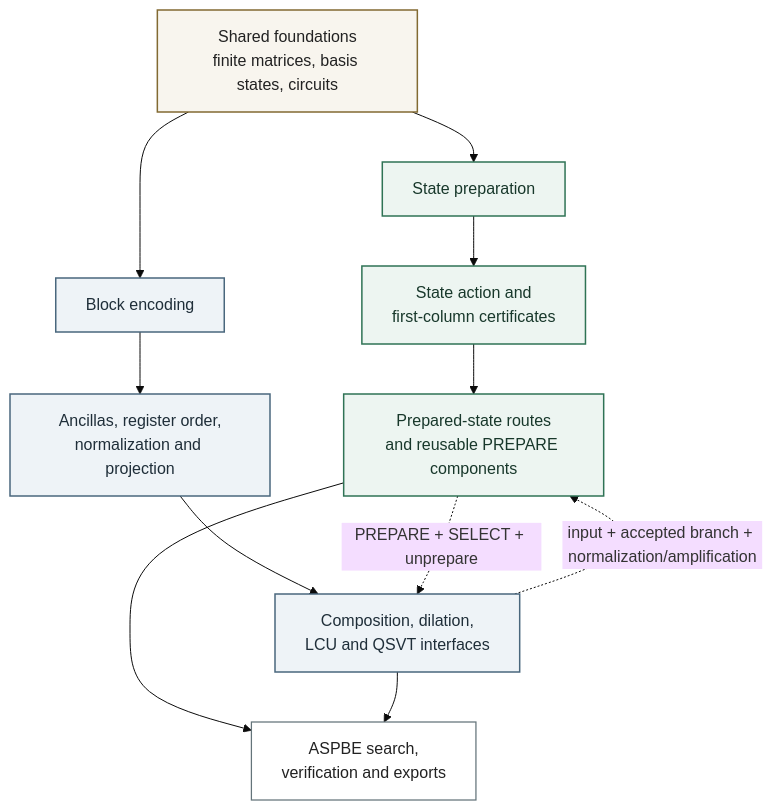
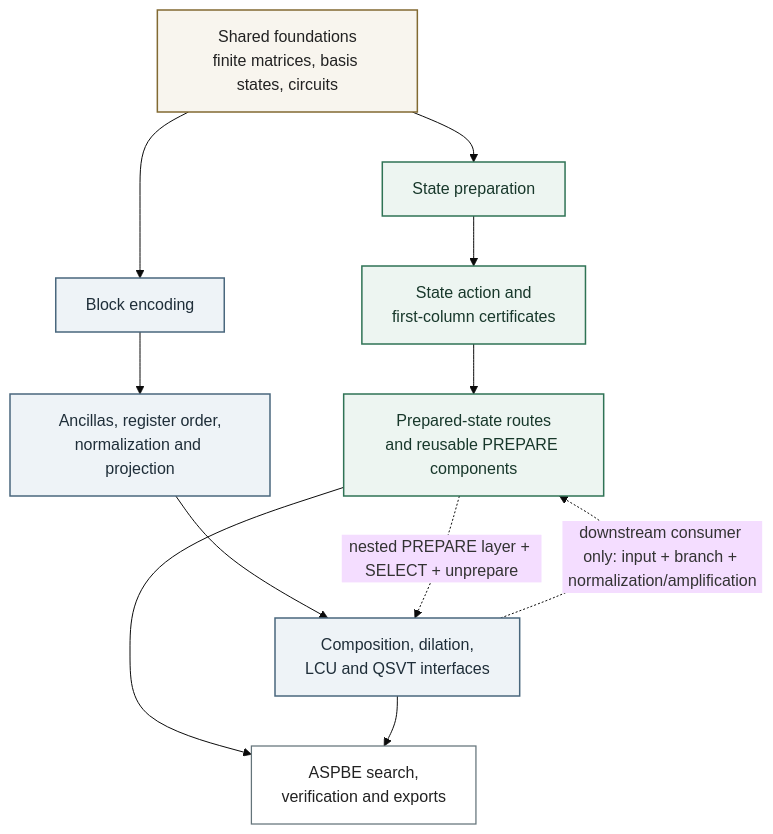
The diagram in website/diagrams/learning-path.mmd (DakeBU/Quantum-Computing-Block-Encoding), drawn with Mermaid (base theme) before and after one commit.

Commit message:
site: label SP-to-BE as the inclusion-like curriculum direction

```diff
--- a/website/diagrams/learning-path.mmd
+++ b/website/diagrams/learning-path.mmd
@@ -1,24 +1,24 @@
 flowchart TB
   F["Shared foundations<br/>finite matrices, basis states, circuits"]
 
   F --> S1["State preparation"]
   S1 --> S2["State action and<br/>first-column certificates"]
   S2 --> S3["Prepared-state routes<br/>and reusable PREPARE components"]
 
   F --> B1["Block encoding"]
   B1 --> B2["Ancillas, register order,<br/>normalization and projection"]
   B2 --> B3["Composition, dilation,<br/>LCU and QSVT interfaces"]
 
-  S3 -. "PREPARE + SELECT + unprepare" .-> B3
-  B3 -. "input + accepted branch + normalization/amplification" .-> S3
+  S3 -. "nested PREPARE layer + SELECT + unprepare" .-> B3
+  B3 -. "downstream consumer only: input + branch + normalization/amplification" .-> S3
   S3 --> H["ASPBE search,<br/>verification and exports"]
   B3 --> H
 
   classDef shared fill:#f8f5ee,stroke:#826a32,color:#222222,stroke-width:1.5px;
   classDef state fill:#edf5f1,stroke:#2f7355,color:#18382b,stroke-width:1.5px;
   classDef block fill:#eef3f7,stroke:#49677d,color:#1f2e39,stroke-width:1.5px;
   classDef system fill:#ffffff,stroke:#64747a,color:#222222,stroke-width:1.25px;
   class F shared;
   class S1,S2,S3 state;
   class B1,B2,B3 block;
   class H system;
```
